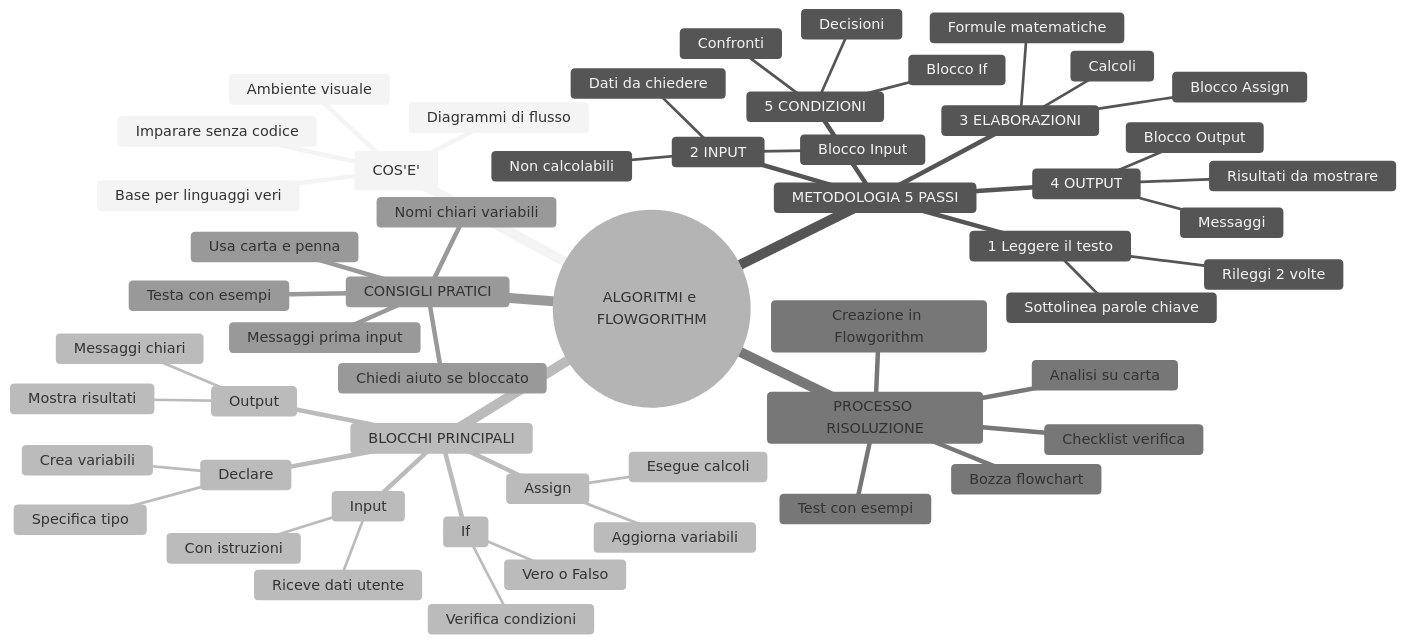
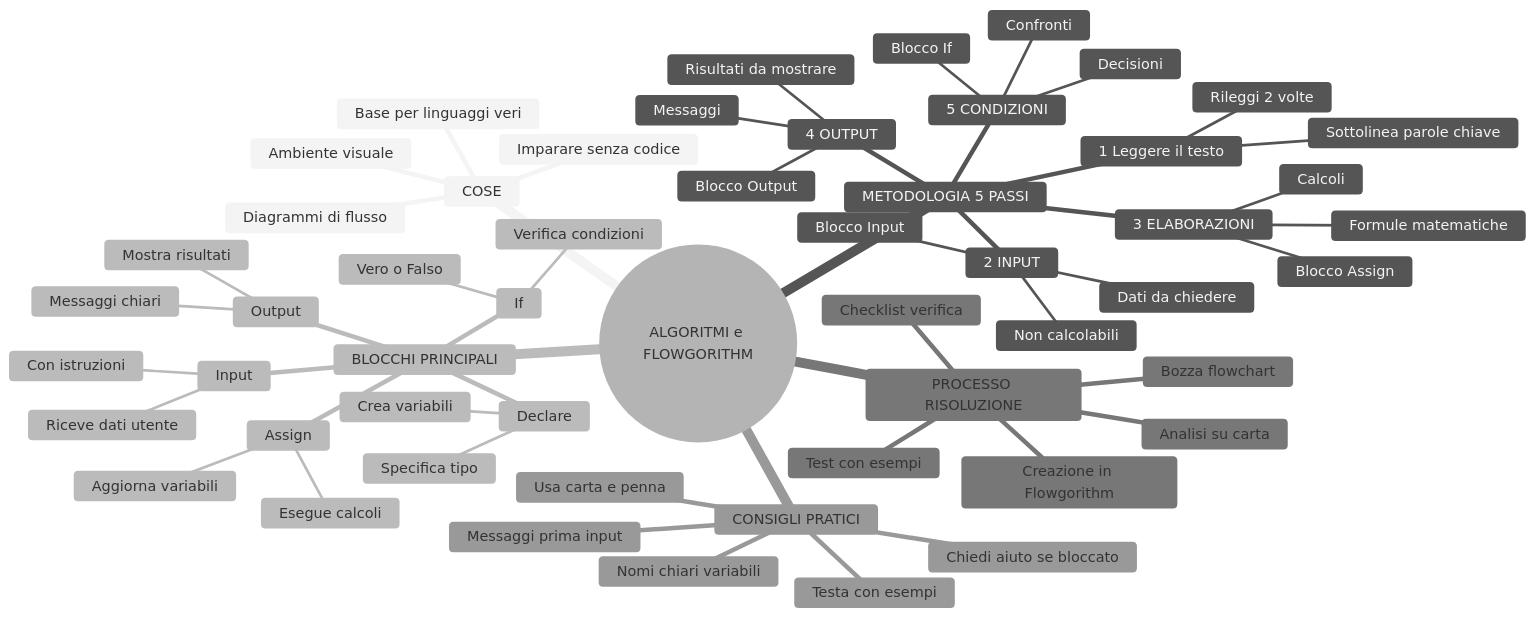
The first of 11 diagrams in docs/algocoding/01_flowgorithm.qmd (Federob/infohandouts), drawn with Mermaid (neutral theme) before and after one commit. The commit also changed other lines of this file and 110 other files, not shown here.

````diff
--- a/docs/algocoding/01_flowgorithm.qmd
+++ b/docs/algocoding/01_flowgorithm.qmd
@@ -35,57 +36,57 @@
 ```{mermaid}
 mindmap
   root((ALGORITMI e FLOWGORITHM))
-    ["COS'E'"]
+    COSE
       Ambiente visuale
       Diagrammi di flusso
       Imparare senza codice
       Base per linguaggi veri
     METODOLOGIA 5 PASSI
       1 Leggere il testo
         Sottolinea parole chiave
         Rileggi 2 volte
       2 INPUT
         Dati da chiedere
         Non calcolabili
         Blocco Input
       3 ELABORAZIONI
         Formule matematiche
         Calcoli
         Blocco Assign
       4 OUTPUT
         Risultati da mostrare
         Messaggi
         Blocco Output
       5 CONDIZIONI
         Confronti
         Decisioni
         Blocco If
     BLOCCHI PRINCIPALI
       Declare
         Crea variabili
         Specifica tipo
       Input
         Riceve dati utente
         Con istruzioni
       Assign
         Esegue calcoli
         Aggiorna variabili
       Output
         Mostra risultati
         Messaggi chiari
       If
         Verifica condizioni
         Vero o Falso
     PROCESSO RISOLUZIONE
       Analisi su carta
       Checklist verifica
       Bozza flowchart
       Creazione in Flowgorithm
       Test con esempi
     CONSIGLI PRATICI
       Usa carta e penna
       Nomi chiari variabili
       Messaggi prima input
       Testa con esempi
       Chiedi aiuto se bloccato
 ```
````
